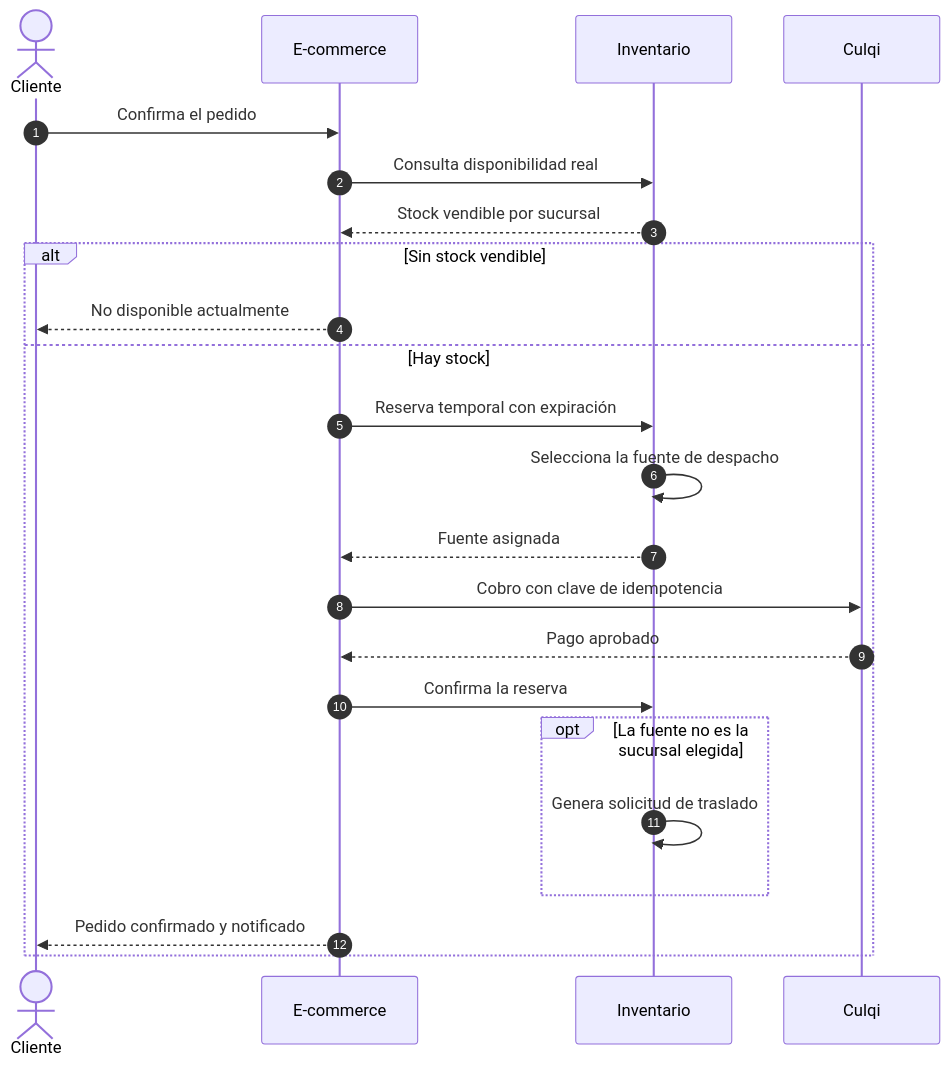
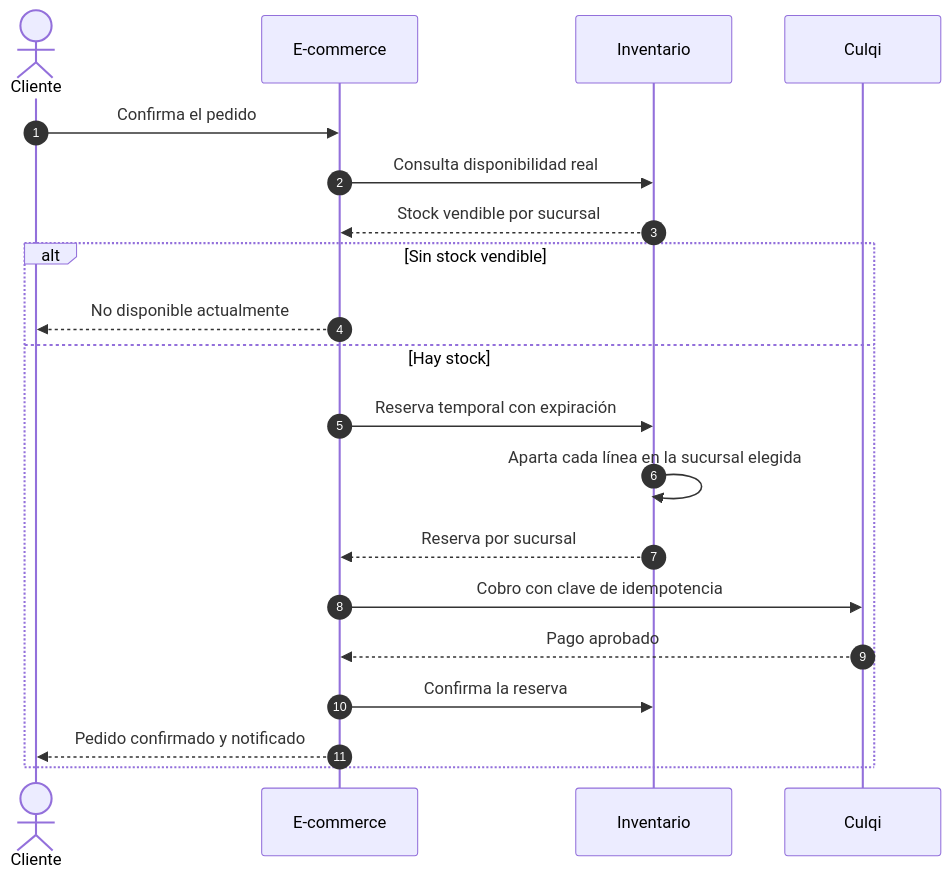
Before and after one commit to P35C4D0R4B1050/BabelHub: the first of 3 diagrams in docs/02-arquitectura-de-software/04-escenarios-y-flujos.md, drawn with Mermaid. The commit also changed other lines of this file and 39 other files, not shown here.

````diff
--- a/docs/02-arquitectura-de-software/04-escenarios-y-flujos.md
+++ b/docs/02-arquitectura-de-software/04-escenarios-y-flujos.md
@@ -3,26 +3,23 @@
 ```mermaid
 sequenceDiagram
 autonumber
 actor C as Cliente
 participant E as E-commerce
 participant I as Inventario
 participant P as Culqi
 
 C->>E: Confirma el pedido
 E->>I: Consulta disponibilidad real
 I-->>E: Stock vendible por sucursal
 alt Sin stock vendible
 E-->>C: No disponible actualmente
 else Hay stock
 E->>I: Reserva temporal con expiración
-I->>I: Selecciona la fuente de despacho
-I-->>E: Fuente asignada
+I->>I: Aparta cada línea en la sucursal elegida
+I-->>E: Reserva por sucursal
 E->>P: Cobro con clave de idempotencia
 P-->>E: Pago aprobado
 E->>I: Confirma la reserva
-opt La fuente no es la sucursal elegida
-I->>I: Genera solicitud de traslado
-end
 E-->>C: Pedido confirmado y notificado
 end
 ```
````
